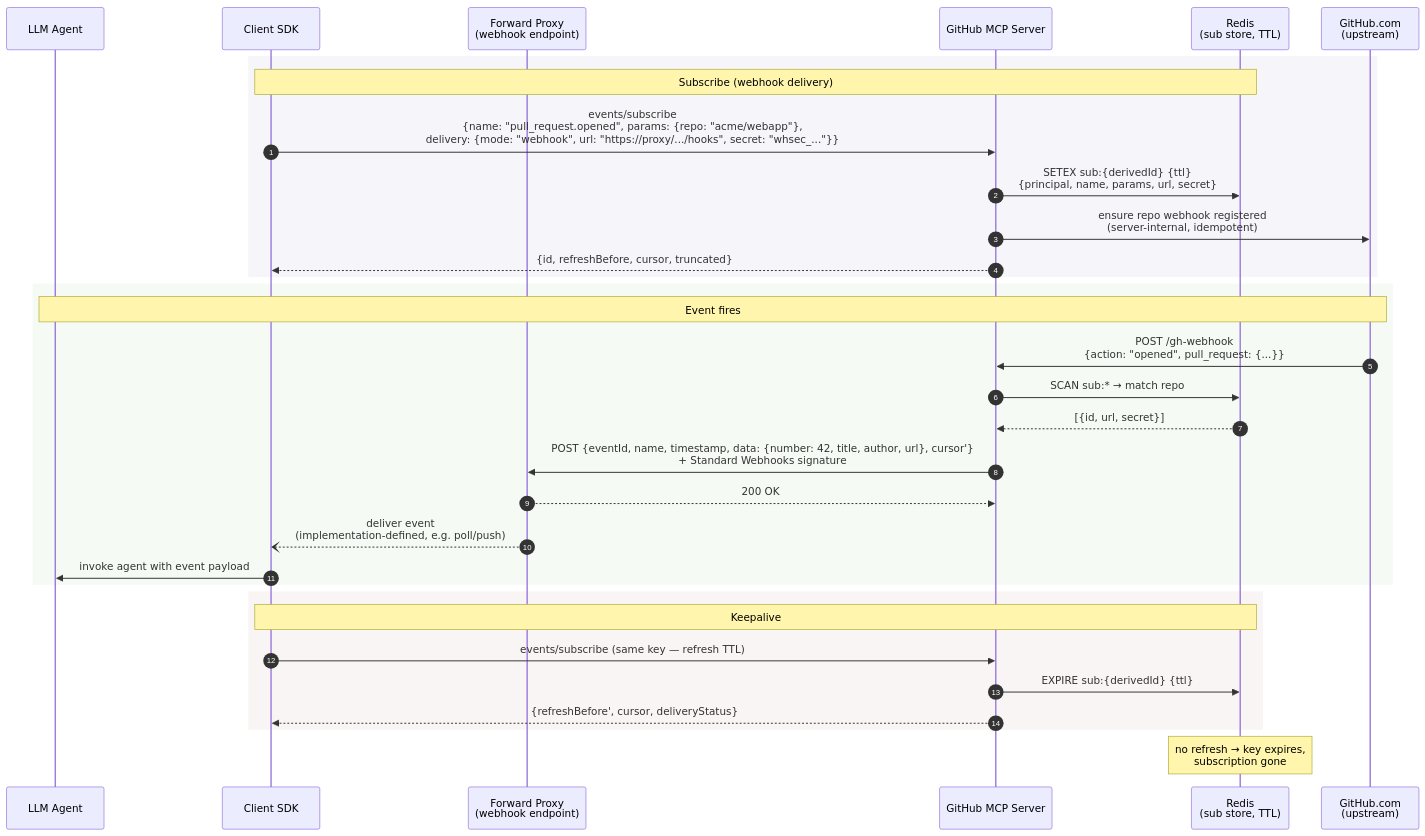
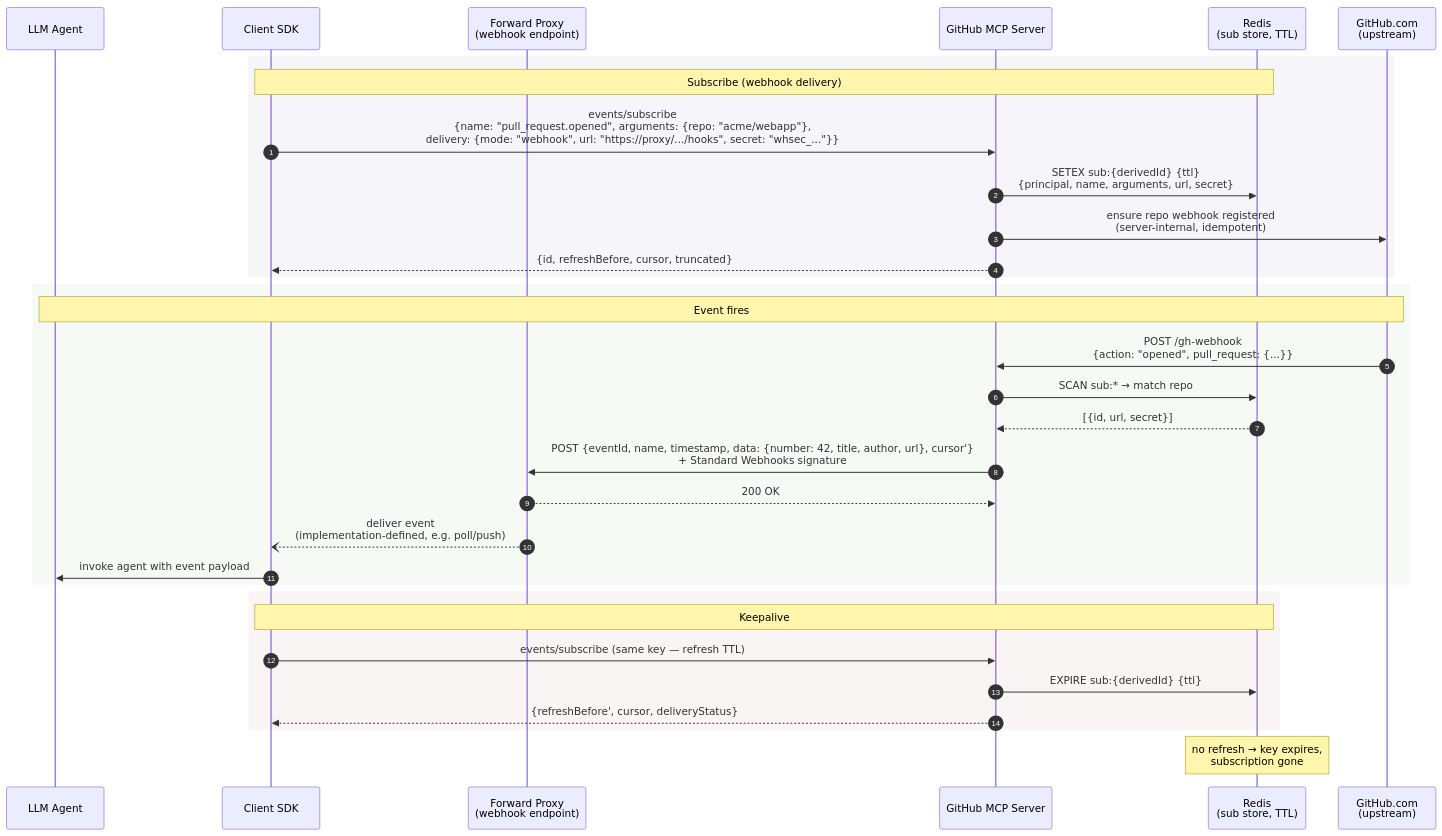
The fourth of 4 diagrams in docs/design-sketch-proposal.md (modelcontextprotocol/experimental-ext-triggers-events), drawn with Mermaid before and after one commit. The commit also changed other lines of this file, not shown here.

First line of the commit message:
Rename inner subscription params field to arguments

````diff
--- a/docs/design-sketch-proposal.md
+++ b/docs/design-sketch-proposal.md
@@ -945,37 +945,37 @@
 ```mermaid
 sequenceDiagram
     autonumber
     participant LLM as LLM Agent
     participant SDK as Client SDK
     participant Proxy as Forward Proxy<br/>(webhook endpoint)
     participant Server as GitHub MCP Server
     participant Redis as Redis<br/>(sub store, TTL)
     participant GH as GitHub.com<br/>(upstream)
 
     rect rgb(245,245,250)
         Note over SDK,Redis: Subscribe (webhook delivery)
-        SDK->>Server: events/subscribe<br/>{name: "pull_request.opened", params: {repo: "acme/webapp"},<br/>delivery: {mode: "webhook", url: "https://proxy/.../hooks", secret: "whsec_..."}}
-        Server->>Redis: SETEX sub:{derivedId} {ttl}<br/>{principal, name, params, url, secret}
+        SDK->>Server: events/subscribe<br/>{name: "pull_request.opened", arguments: {repo: "acme/webapp"},<br/>delivery: {mode: "webhook", url: "https://proxy/.../hooks", secret: "whsec_..."}}
+        Server->>Redis: SETEX sub:{derivedId} {ttl}<br/>{principal, name, arguments, url, secret}
         Server->>GH: ensure repo webhook registered<br/>(server-internal, idempotent)
         Server-->>SDK: {id, refreshBefore, cursor, truncated}
     end
 
     rect rgb(245,250,245)
         Note over GH,LLM: Event fires
         GH->>Server: POST /gh-webhook<br/>{action: "opened", pull_request: {...}}
         Server->>Redis: SCAN sub:* → match repo
         Redis-->>Server: [{id, url, secret}]
         Server->>Proxy: POST {eventId, name, timestamp, data: {number: 42, title, author, url}, cursor'}<br/>+ Standard Webhooks signature
         Proxy-->>Server: 200 OK
         Proxy--)SDK: deliver event<br/>(implementation-defined, e.g. poll/push)
         SDK->>LLM: invoke agent with event payload
     end
 
     rect rgb(250,245,245)
         Note over SDK,Redis: Keepalive
         SDK->>Server: events/subscribe (same key — refresh TTL)
         Server->>Redis: EXPIRE sub:{derivedId} {ttl}
         Server-->>SDK: {refreshBefore', cursor, deliveryStatus}
     end
     Note over Redis: no refresh → key expires,<br/>subscription gone
 ```
````
